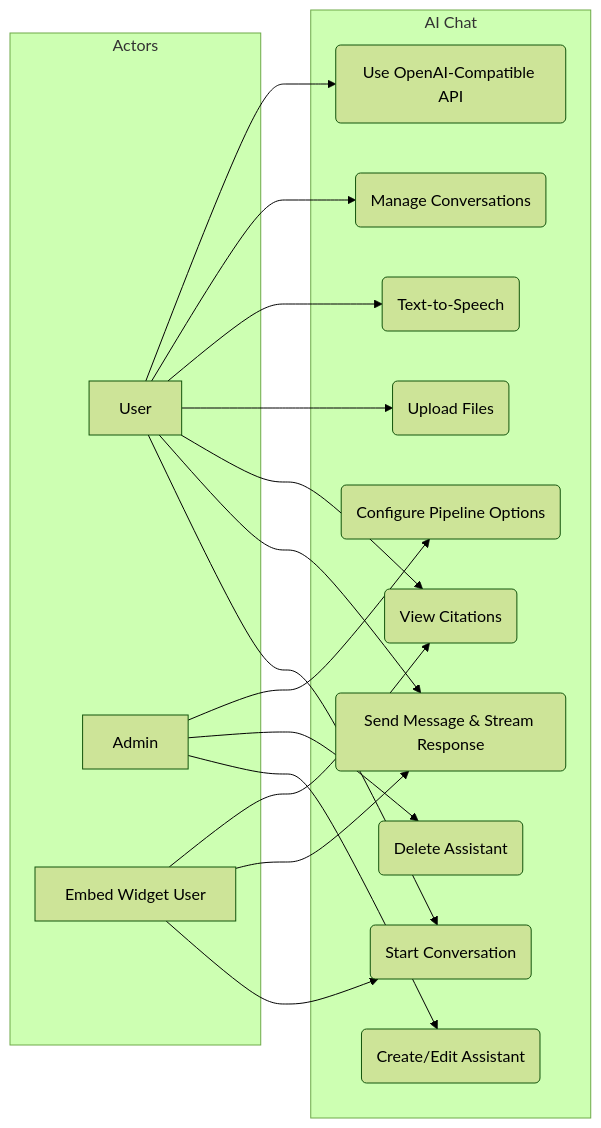
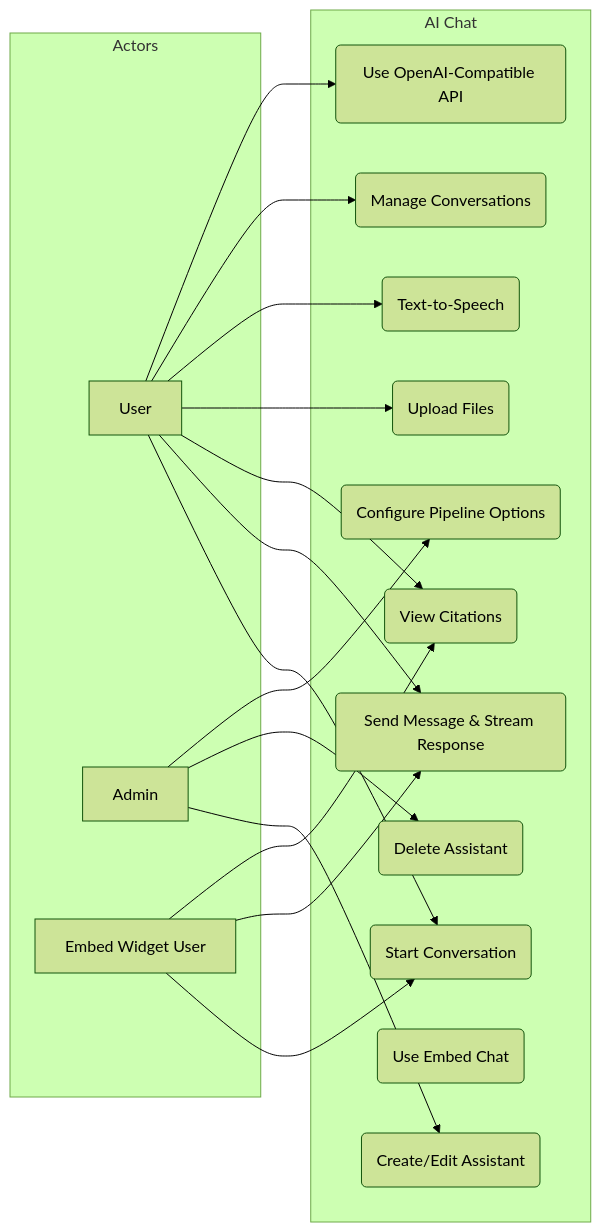
The first of 2 diagrams in docs/srs/ai-features/fr-ai-chat.md (b-knowledge-solution/b-knowledge), drawn with Mermaid (forest theme) before and after one commit. The commit also changed other lines of this file and 83 other files, not shown here.

````diff
--- a/docs/srs/ai-features/fr-ai-chat.md
+++ b/docs/srs/ai-features/fr-ai-chat.md
@@ -9,33 +9,34 @@
 ```mermaid
 graph LR
     subgraph Actors
         U[User]
         A[Admin]
         E[Embed Widget User]
     end
     subgraph "AI Chat"
         UC1(Create/Edit Assistant)
         UC2(Delete Assistant)
         UC3(Start Conversation)
         UC4(Send Message & Stream Response)
         UC5(View Citations)
         UC6(Upload Files)
         UC7(Text-to-Speech)
         UC8(Manage Conversations)
         UC9(Use OpenAI-Compatible API)
-        UC10(Configure Pipeline Options)
+        UC10(Use Embed Chat)
+        UC11(Configure Pipeline Options)
     end
     U --> UC3
     U --> UC4
     U --> UC5
     U --> UC6
     U --> UC7
     U --> UC8
     A --> UC1
     A --> UC2
-    A --> UC10
+    A --> UC11
     E --> UC3
     E --> UC4
     E --> UC5
     U --> UC9
 ```
````
